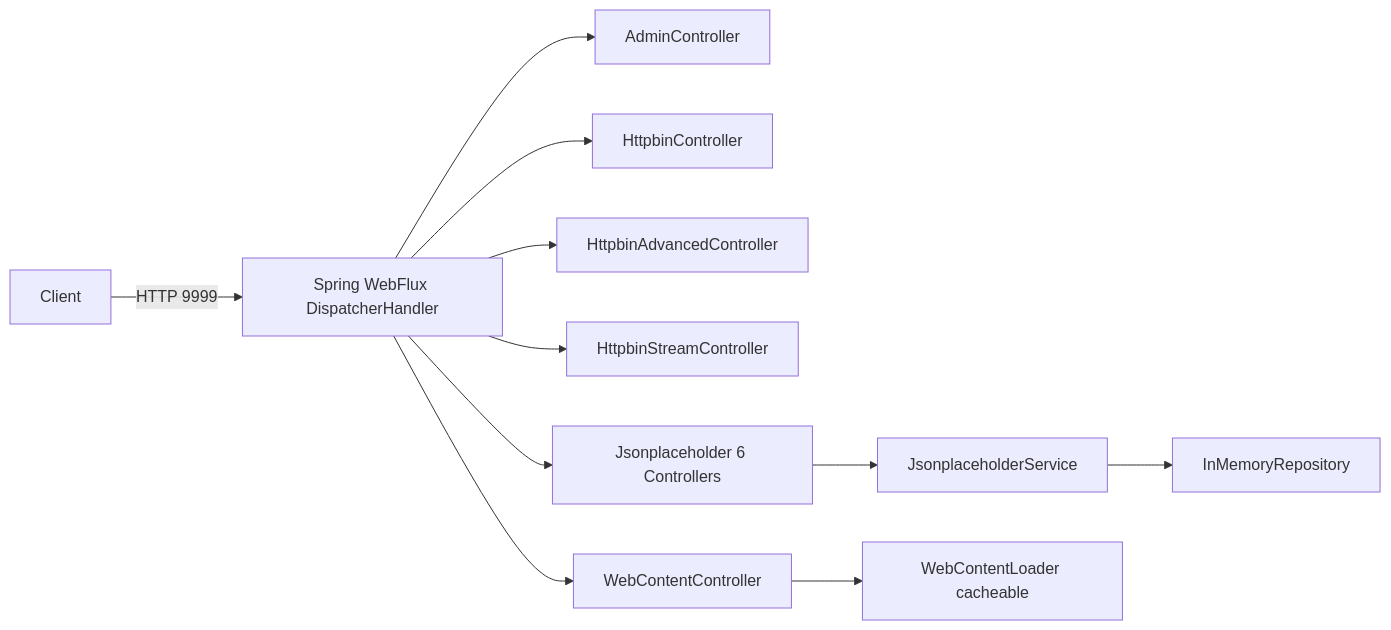
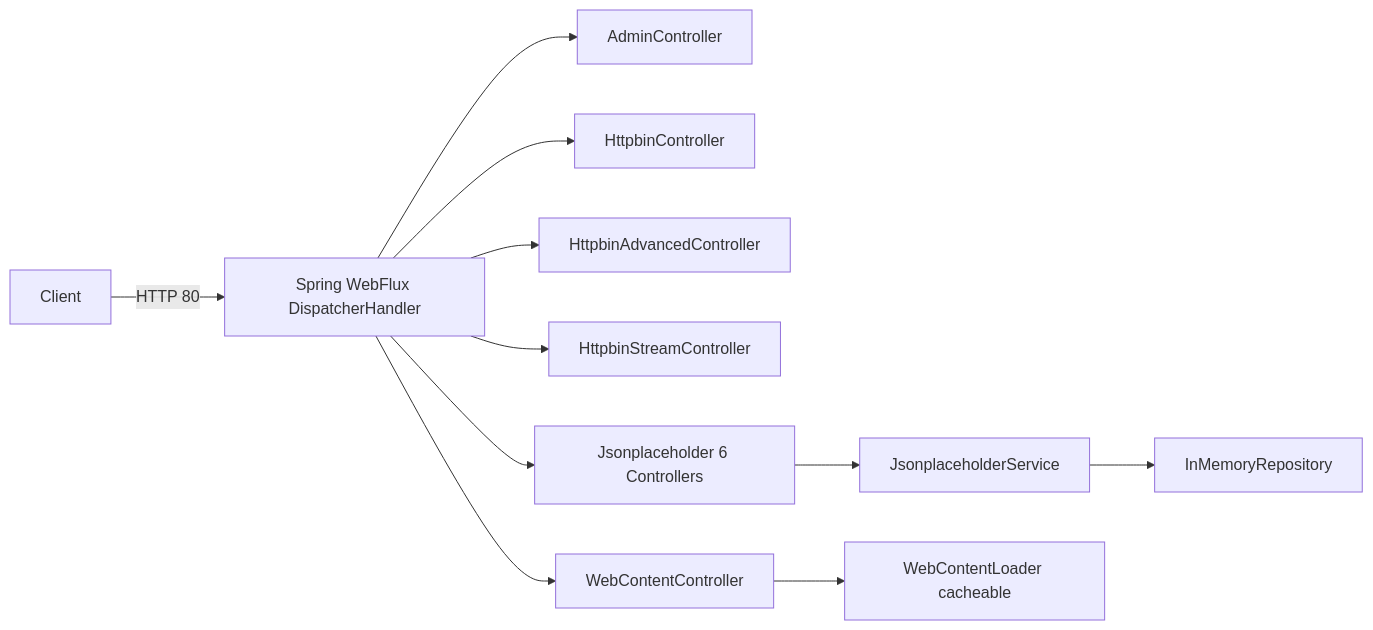
One commit to bluetape4k/bluetape4k-projects changed the first of 3 diagrams in testing/mock-webflux-server/README.md. Above: the diagram before and after it, drawn with Mermaid. The commit also changed other lines of this file and 6 other files, not shown here.

````diff
--- a/testing/mock-webflux-server/README.md
+++ b/testing/mock-webflux-server/README.md
@@ -23,12 +30,12 @@
 ```mermaid
 flowchart LR
-    C[Client] -->|HTTP 9999| S[Spring WebFlux DispatcherHandler]
+    C[Client] -->|HTTP 80| S[Spring WebFlux DispatcherHandler]
     S --> A[AdminController]
     S --> H[HttpbinController]
     S --> HA[HttpbinAdvancedController]
     S --> HS[HttpbinStreamController]
     S --> J[Jsonplaceholder 6 Controllers]
     S --> W[WebContentController]
     J --> Svc[JsonplaceholderService] --> Repo[InMemoryRepository]
     W --> L[WebContentLoader cacheable]
 ```
````
